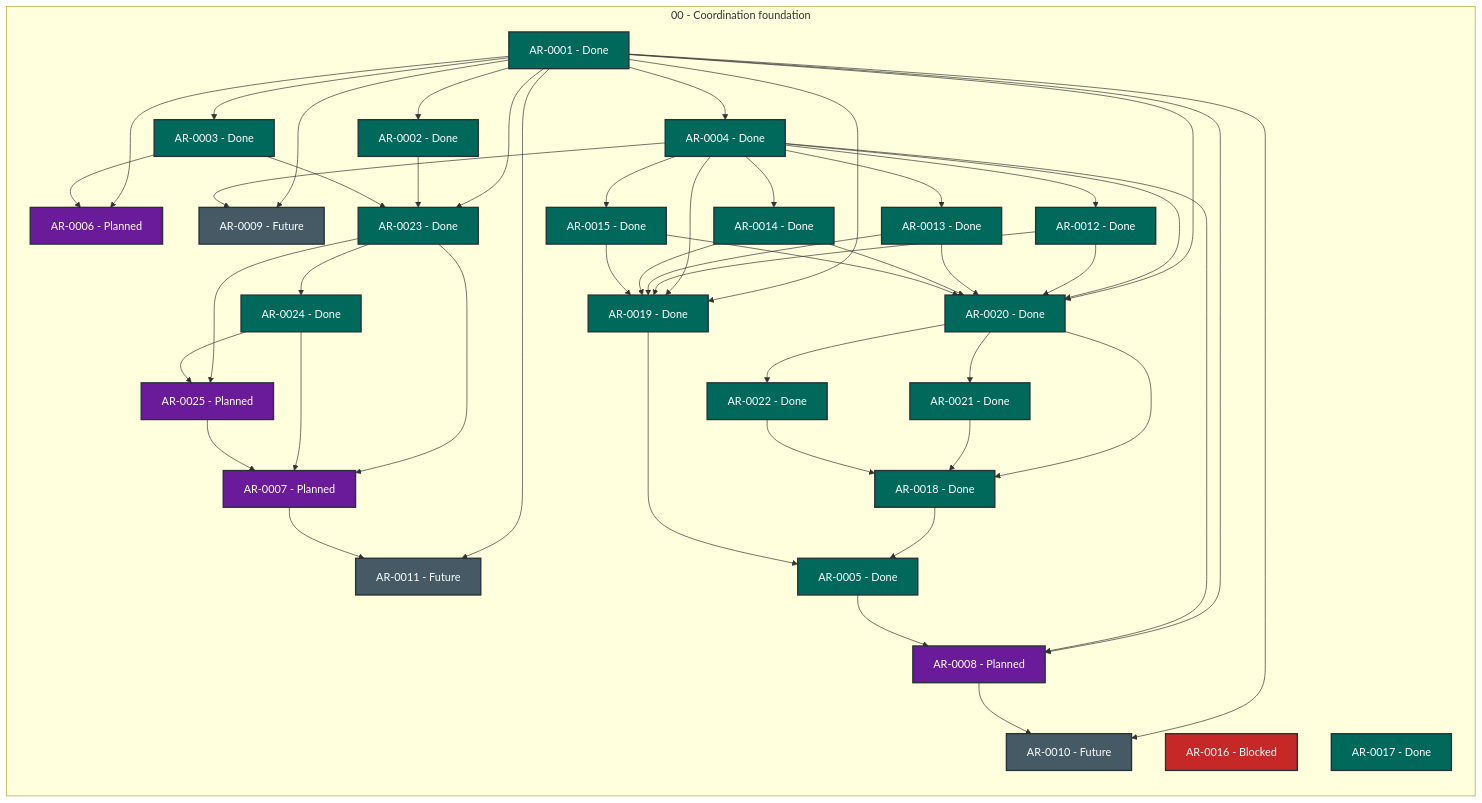
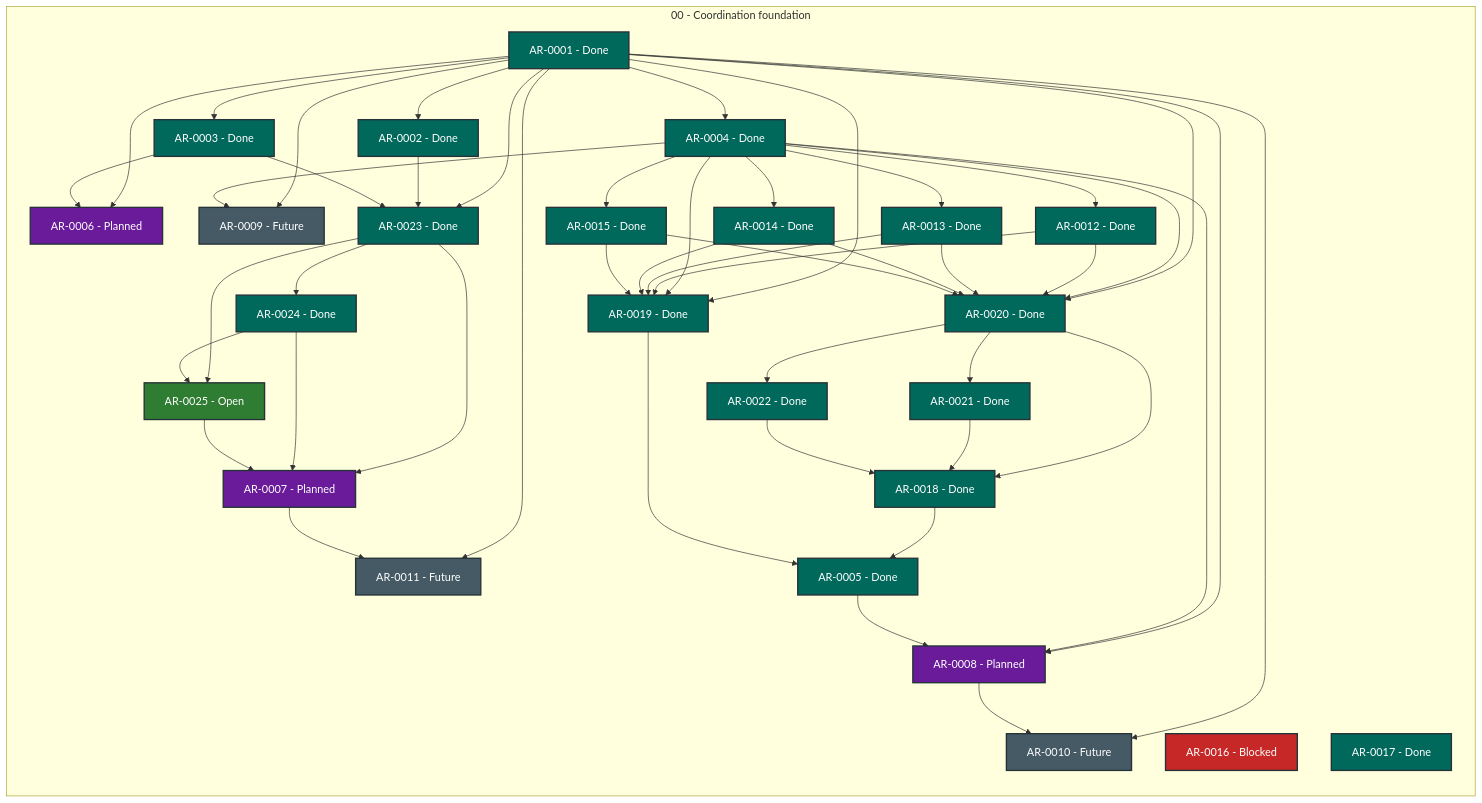
Before and after one commit to martin-beck/agent-workflow-quality-state: the diagram in STATUS.md, drawn with Mermaid. The commit also changed other lines of this file and 2 other files, not shown here.

```diff
--- a/STATUS.md
+++ b/STATUS.md
@@ -52,7 +52,7 @@
         AR_0022["AR-0022 - Done"]:::status_done
         AR_0023["AR-0023 - Done"]:::status_done
         AR_0024["AR-0024 - Done"]:::status_done
-        AR_0025["AR-0025 - Planned"]:::status_planned
+        AR_0025["AR-0025 - Open"]:::status_open
     end
     AR_0001 --> AR_0002
     AR_0001 --> AR_0003
```
